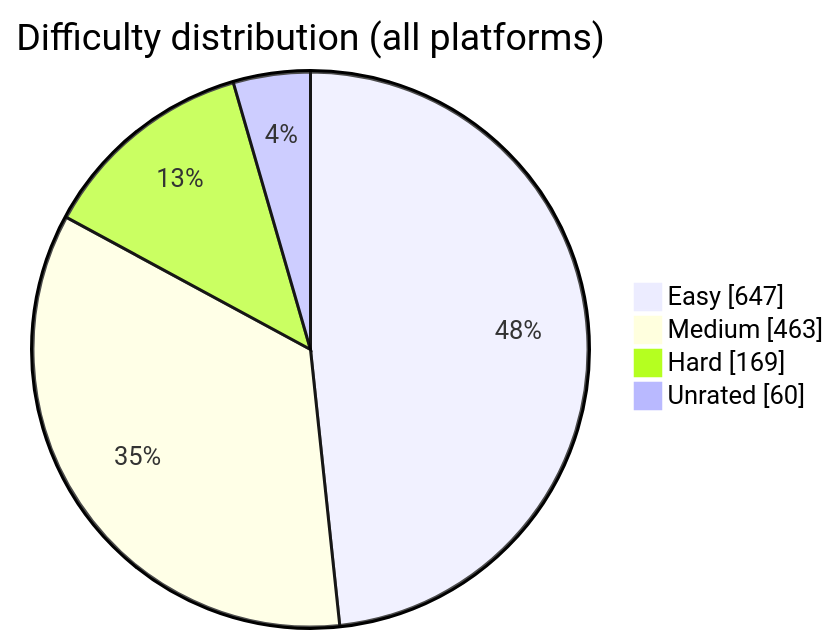
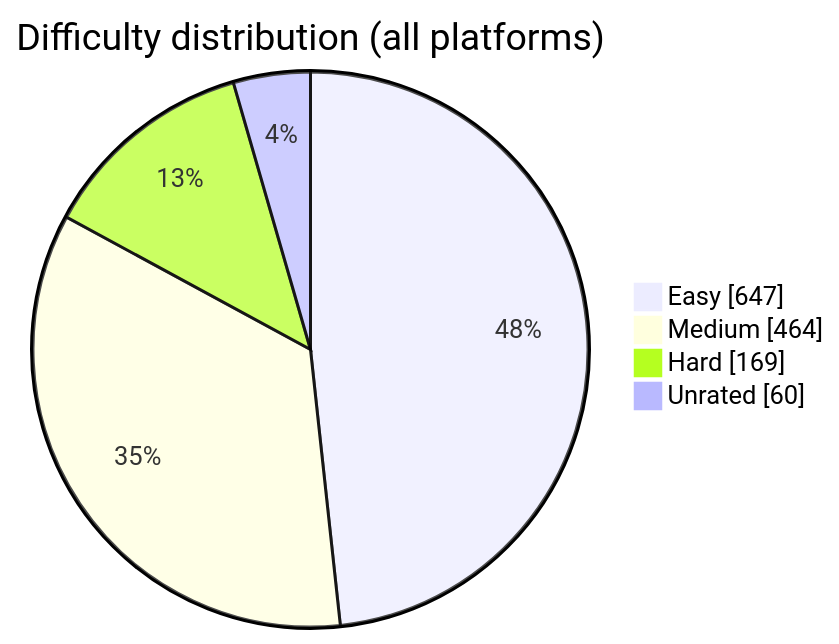
Before and after one commit to BuildbyArindam/Daily-Coding-Log: the diagram in README.md, drawn with Mermaid. The commit also changed other lines of this file, not shown here.

````diff
--- a/README.md
+++ b/README.md
@@ -93,7 +93,7 @@
 ```mermaid
 pie showData title Difficulty distribution (all platforms)
     "Easy" : 647
-    "Medium" : 463
+    "Medium" : 464
     "Hard" : 169
     "Unrated" : 60
 ```
````
